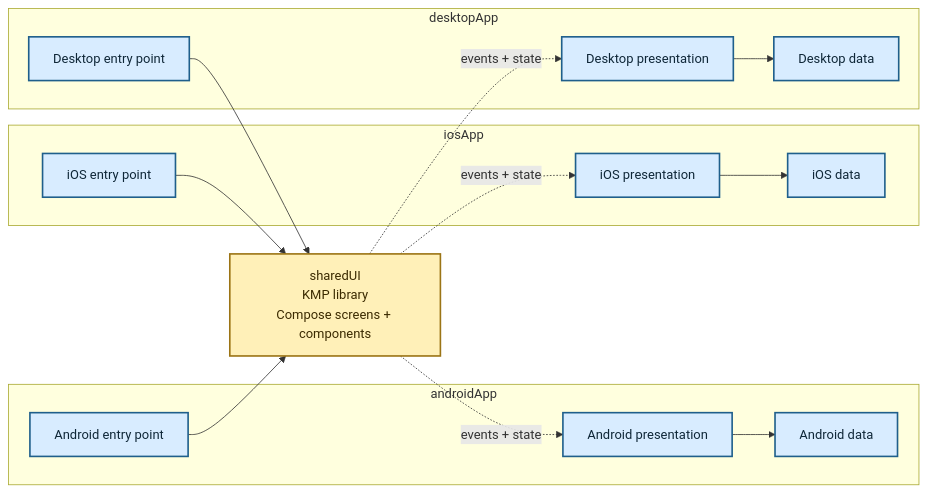
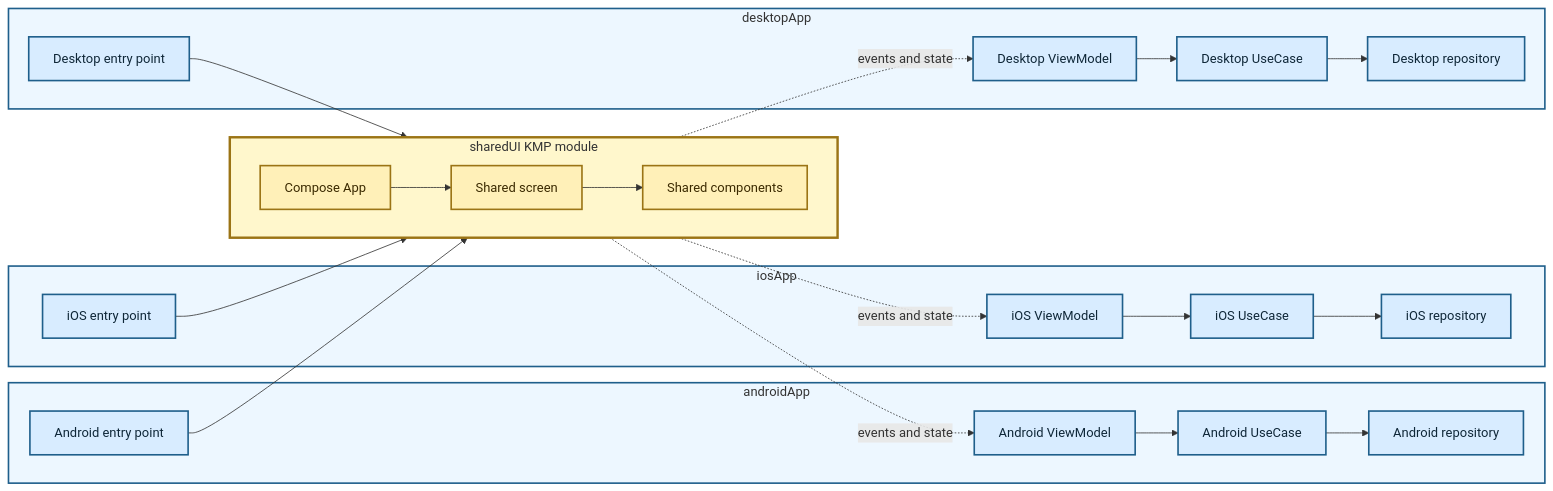
One commit to TheSetox/kmp-sample-diagrams changed the diagram in diagrams/07-kmp-ui-layer.md. Above: the diagram before and after it, drawn with Mermaid. The commit also changed 18 other files, not shown here.

Commit message:
docs: clarify kmp and native diagram boundaries

````diff
--- a/diagrams/07-kmp-ui-layer.md
+++ b/diagrams/07-kmp-ui-layer.md
@@ -5,37 +5,50 @@
 ```mermaid
 flowchart LR
-  SharedUI["sharedUI\nKMP library\nCompose screens + components"]
-
   subgraph Android["androidApp"]
     AHost["Android entry point"]
-    APresentation["Android presentation"]
-    AData["Android data"]
-    APresentation --> AData
+    AVM["Android ViewModel"]
+    AUseCase["Android UseCase"]
+    ARepository["Android repository"]
+    AVM --> AUseCase --> ARepository
   end
 
   subgraph IOS["iosApp"]
     IHost["iOS entry point"]
-    IPresentation["iOS presentation"]
-    IData["iOS data"]
-    IPresentation --> IData
+    IVM["iOS ViewModel"]
+    IUseCase["iOS UseCase"]
+    IRepository["iOS repository"]
+    IVM --> IUseCase --> IRepository
   end
 
   subgraph Desktop["desktopApp"]
     DHost["Desktop entry point"]
-    DPresentation["Desktop presentation"]
-    DData["Desktop data"]
-    DPresentation --> DData
+    DVM["Desktop ViewModel"]
+    DUseCase["Desktop UseCase"]
+    DRepository["Desktop repository"]
+    DVM --> DUseCase --> DRepository
   end
 
-  AHost --> SharedUI
-  IHost --> SharedUI
-  DHost --> SharedUI
-  SharedUI -. "events + state" .-> APresentation
-  SharedUI -. "events + state" .-> IPresentation
-  SharedUI -. "events + state" .-> DPresentation
+  subgraph KMP["sharedUI KMP module"]
+    direction LR
+    App["Compose App"]
+    Screen["Shared screen"]
+    Components["Shared components"]
+    App --> Screen --> Components
+  end
+
+  AHost --> App
+  IHost --> App
+  DHost --> App
+  Screen -. "events and state" .-> AVM
+  Screen -. "events and state" .-> IVM
+  Screen -. "events and state" .-> DVM
 
   classDef app fill:#d8ecff,stroke:#1f5f8b,color:#0f2738,stroke-width:2px;
-  classDef shared fill:#fff0b8,stroke:#9b7415,color:#3b2a00,stroke-width:2px;
-  class AHost,APresentation,AData,IHost,IPresentation,IData,DHost,DPresentation,DData app;
-  class SharedUI shared;
+  classDef kmp fill:#fff0b8,stroke:#9b7415,color:#3b2a00,stroke-width:2px;
+  class AHost,AVM,AUseCase,ARepository,IHost,IVM,IUseCase,IRepository,DHost,DVM,DUseCase,DRepository app;
+  class App,Screen,Components kmp;
+  style Android fill:#edf7ff,stroke:#1f5f8b,stroke-width:2px
+  style IOS fill:#edf7ff,stroke:#1f5f8b,stroke-width:2px
+  style Desktop fill:#edf7ff,stroke:#1f5f8b,stroke-width:2px
+  style KMP fill:#fff7cc,stroke:#9b7415,stroke-width:3px
 ```
````
